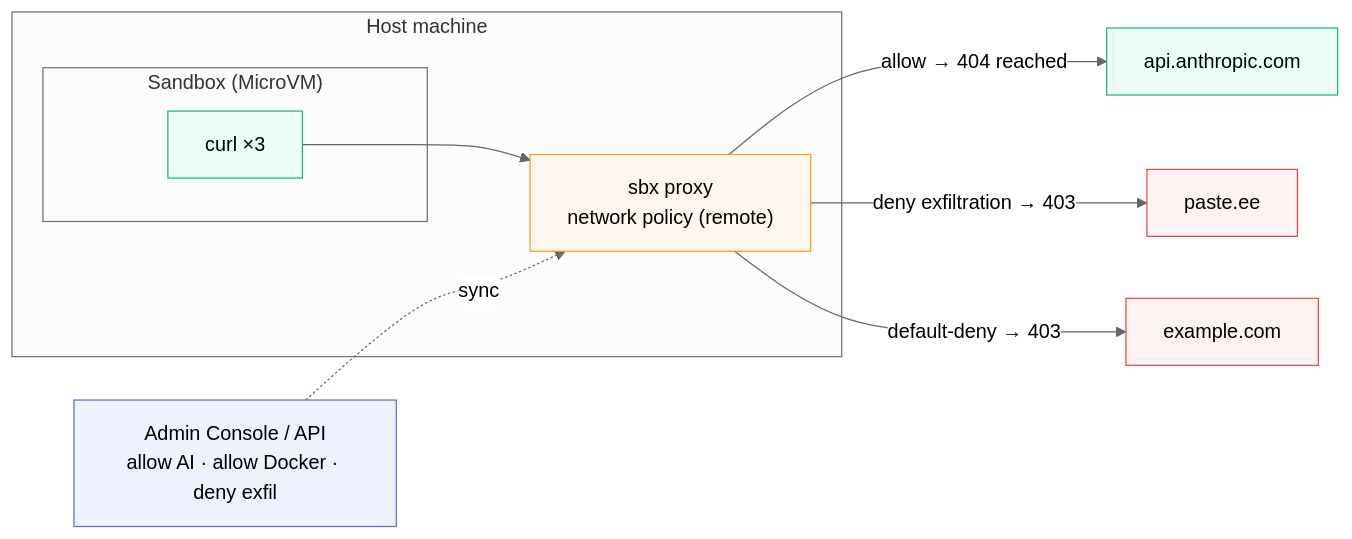
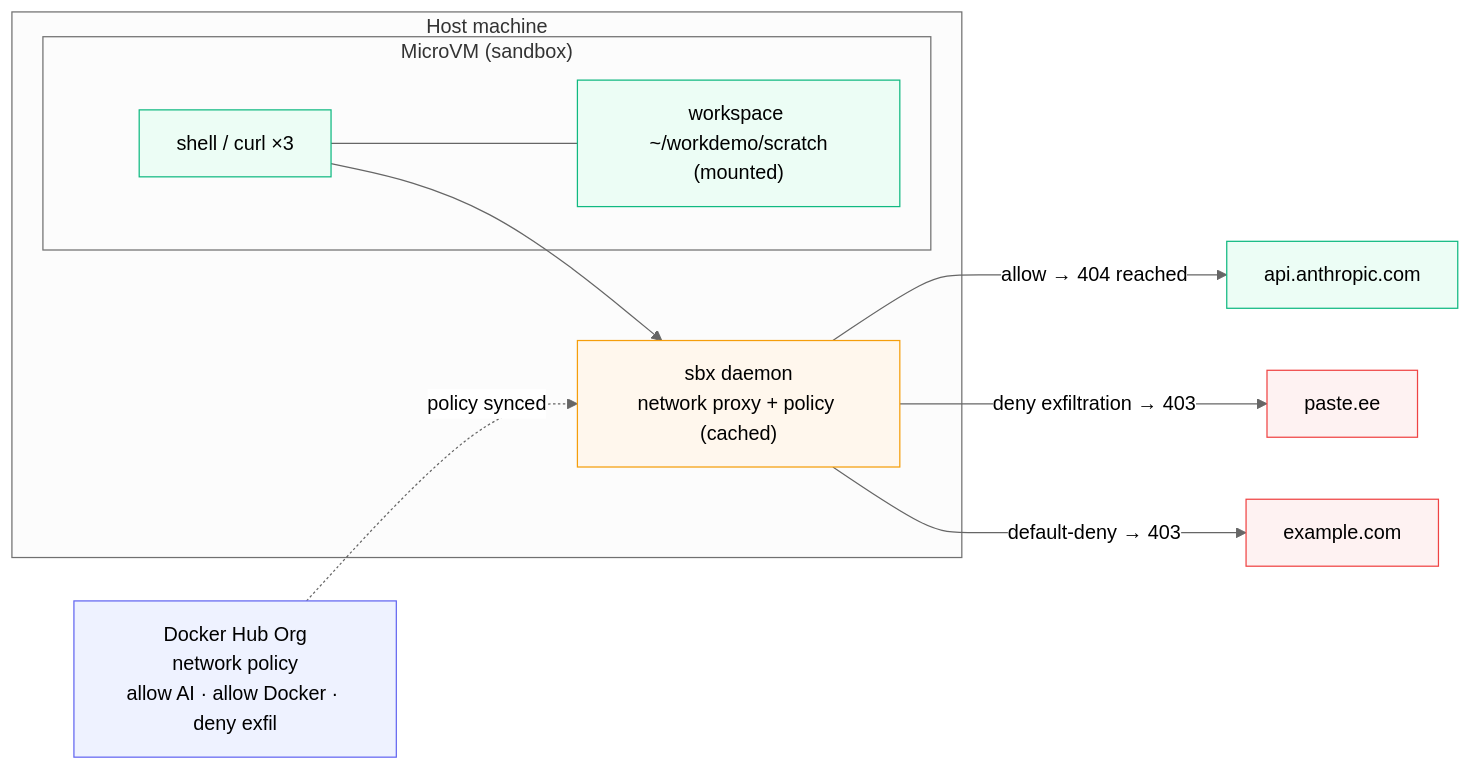
One commit to ajeetraina/labspace-docker-ai-governance changed the diagram in labspace/03-network-demo.md. Above: the diagram before and after it, drawn with Mermaid (neutral theme). The commit also changed 6 other files, not shown here.

First line of the commit message:
Strengthen runtime diagrams: host, MicroVM, mounted workspace, policy

````diff
--- a/labspace/03-network-demo.md
+++ b/labspace/03-network-demo.md
@@ -3,25 +3,28 @@
 ```mermaid
 flowchart LR
+    HUB["Docker Hub Org<br/>network policy<br/>allow AI · allow Docker · deny exfil"]
     subgraph HOST["Host machine"]
-        subgraph VM["Sandbox (MicroVM)"]
-            C["curl ×3"]
+        PROXY["sbx daemon<br/>network proxy + policy (cached)"]
+        subgraph VM["MicroVM (sandbox)"]
+            C["shell / curl ×3"]
+            WS["workspace ~/workdemo/scratch<br/>(mounted)"]
+            C --- WS
         end
-        PROXY["sbx proxy<br/>network policy (remote)"]
         C --> PROXY
     end
-    HUB["Admin Console / API<br/>allow AI · allow Docker · deny exfil"] -. sync .-> PROXY
+    HUB -. "policy synced" .-> PROXY
     PROXY -->|"allow → 404 reached"| A["api.anthropic.com"]
     PROXY -->|"deny exfiltration → 403"| B["paste.ee"]
     PROXY -->|"default-deny → 403"| E["example.com"]
 
     classDef vm fill:#ecfdf5,stroke:#10b981,color:#000
     classDef pol fill:#fff7ed,stroke:#f59e0b,color:#000
     classDef hub fill:#eef2ff,stroke:#6366f1,color:#000
     classDef ok fill:#ecfdf5,stroke:#10b981,color:#000
     classDef deny fill:#fef2f2,stroke:#ef4444,color:#000
-    class C vm
+    class C,WS vm
     class PROXY pol
     class HUB hub
     class A ok
     class B,E deny
 ```
````
